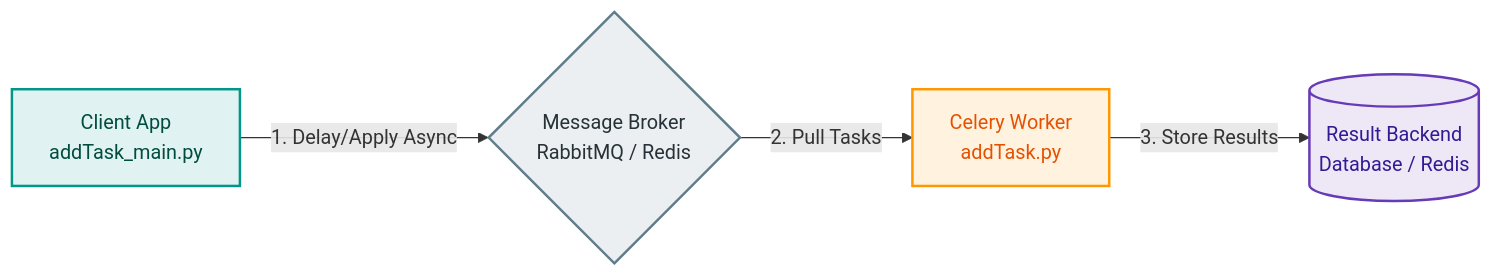
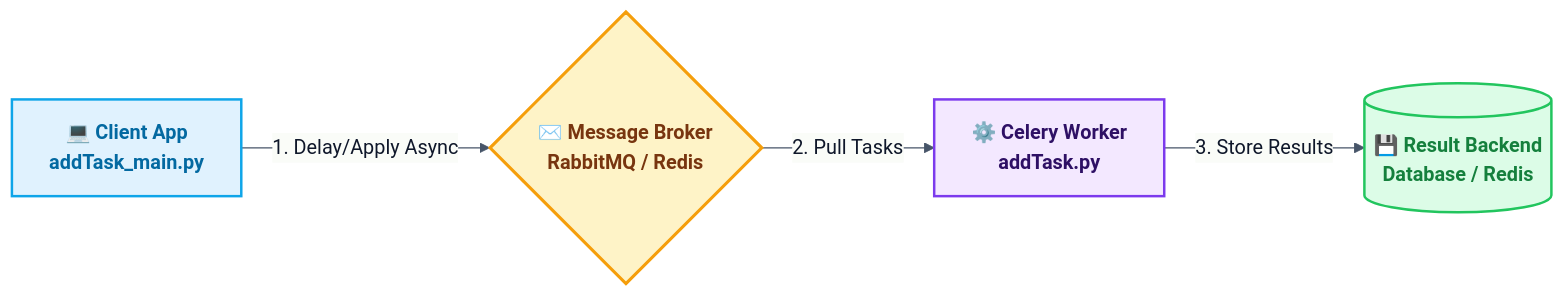
The sixth of 8 diagrams in SyedMuhammadHuzaifaAshrafi-(23FA-035-SE)/Chapter06/README.md (RameenAnwar/PDC-SP26-SE), drawn with Mermaid before and after one commit. The commit also changed other lines of this file and 5 other files, not shown here.

````diff
--- a/SyedMuhammadHuzaifaAshrafi-(23FA-035-SE)/Chapter06/README.md
+++ b/SyedMuhammadHuzaifaAshrafi-(23FA-035-SE)/Chapter06/README.md
@@ -298,16 +207,18 @@
 ```mermaid
-graph LR
-    classDef clientClass fill:#E0F2F1,stroke:#009688,stroke-width:2px,color:#004D40;
-    classDef brokerClass fill:#ECEFF1,stroke:#607D8B,stroke-width:2px,color:#263238;
-    classDef workerClass fill:#FFF3E0,stroke:#FF9800,stroke-width:2px,color:#E65100;
-    classDef backendClass fill:#EDE7F6,stroke:#673AB7,stroke-width:2px,color:#311B92;
+%%{init: {'theme': 'base', 'themeVariables': { 'lineColor': '#475569', 'primaryColor': '#f8fafc', 'primaryTextColor': '#0f172a', 'primaryBorderColor': '#cbd5e1' }}}%%
+flowchart LR
+    %% Premium Celery Architecture
+    classDef client fill:#e0f2fe,stroke:#0ea5e9,stroke-width:2px,color:#0369a1,font-weight:bold
+    classDef broker fill:#fef3c7,stroke:#f59e0b,stroke-width:2.5px,color:#78350f,font-weight:bold
+    classDef worker fill:#f3e8ff,stroke:#7c3aed,stroke-width:2px,color:#2e1065,font-weight:bold
+    classDef backend fill:#dcfce7,stroke:#22c55e,stroke-width:2px,color:#15803d,font-weight:bold
 
-    Client[Client App<br/>addTask_main.py] -->|1. Delay/Apply Async| Broker{Message Broker<br/>RabbitMQ / Redis}
-    Broker -->|2. Pull Tasks| Worker[Celery Worker<br/>addTask.py]
-    Worker -->|3. Store Results| Backend[(Result Backend<br/>Database / Redis)]
+    Client["💻 Client App <br> addTask_main.py"] -->|"1. Delay/Apply Async"| Broker{"✉️ Message Broker <br> RabbitMQ / Redis"}
+    Broker -->|"2. Pull Tasks"| Worker["⚙️ Celery Worker <br> addTask.py"]
+    Worker -->|"3. Store Results"| Backend[("💾 Result Backend <br> Database / Redis")]
 
-    class Client clientClass;
-    class Broker brokerClass;
-    class Worker workerClass;
-    class Backend backendClass;
+    class Client client
+    class Broker broker
+    class Worker worker
+    class Backend backend
 ```
````
